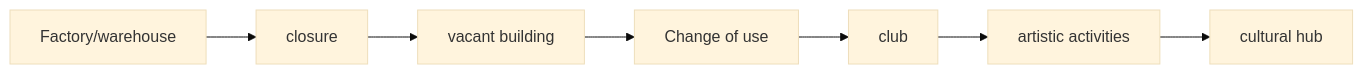
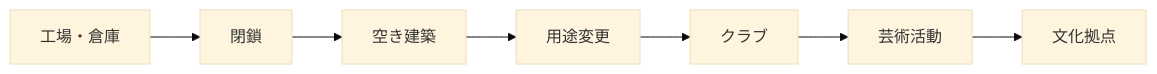
Before and after one commit to monumental-movement/monumental-movement.github.io: the second of 6 diagrams in en/_posts/2026-08-01-column-berlin-club-architecture.md, drawn with Mermaid (base theme). The commit also changed other lines of this file and 2196 other files, not shown here.

```diff
--- a/en/_posts/2026-08-01-column-berlin-club-architecture.md
+++ b/en/_posts/2026-08-01-column-berlin-club-architecture.md
@@ -442,18 +441,18 @@
 <div class="mermaid">
 flowchart LR
 
-A[Factory/warehouse]
-B[closure]
-C[vacant building]
-D[Change of use]
-E[club]
-F[artistic activities]
-G[cultural hub]
+A[工場・倉庫]
+B[閉鎖]
+C[空き建築]
+D[用途変更]
+E[クラブ]
+F[芸術活動]
+G[文化拠点]
 
 A --> B
 B --> C
 C --> D
 D --> E
 E --> F
 F --> G
 </div>
```
